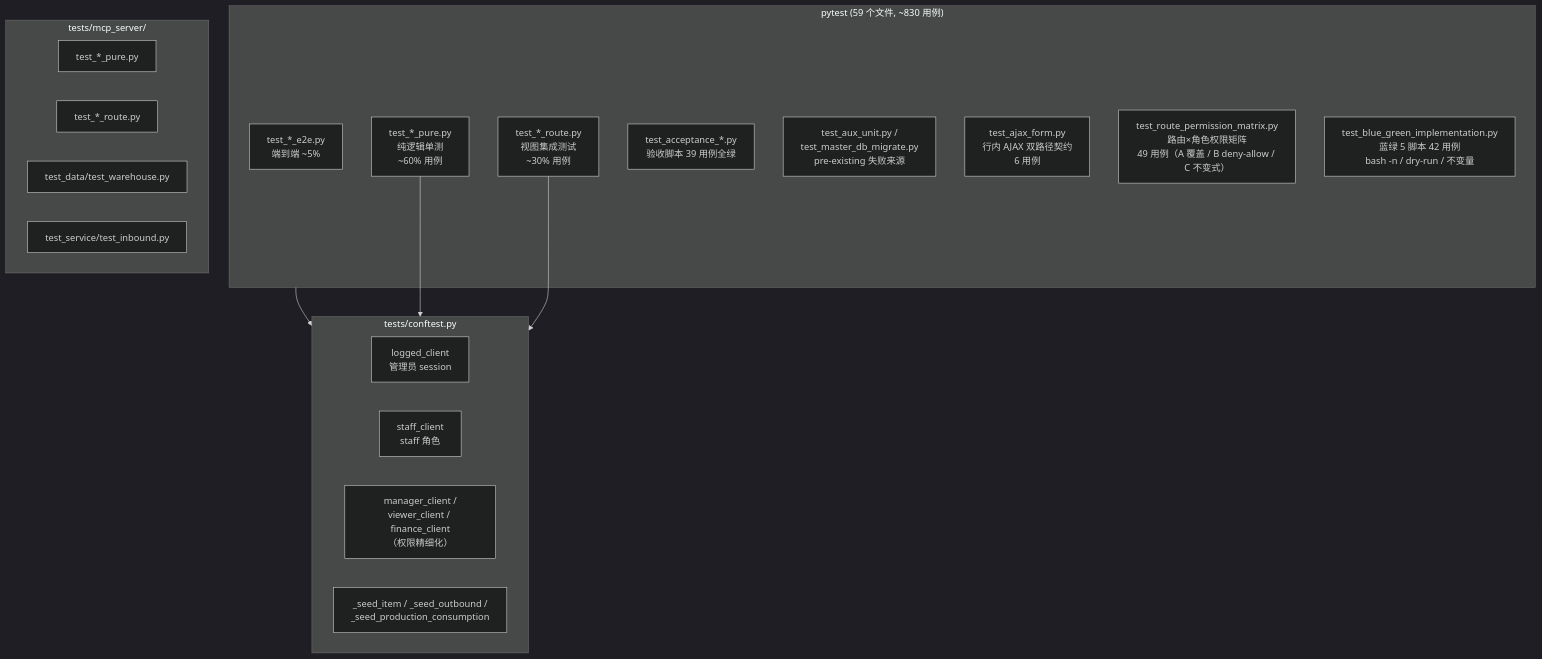
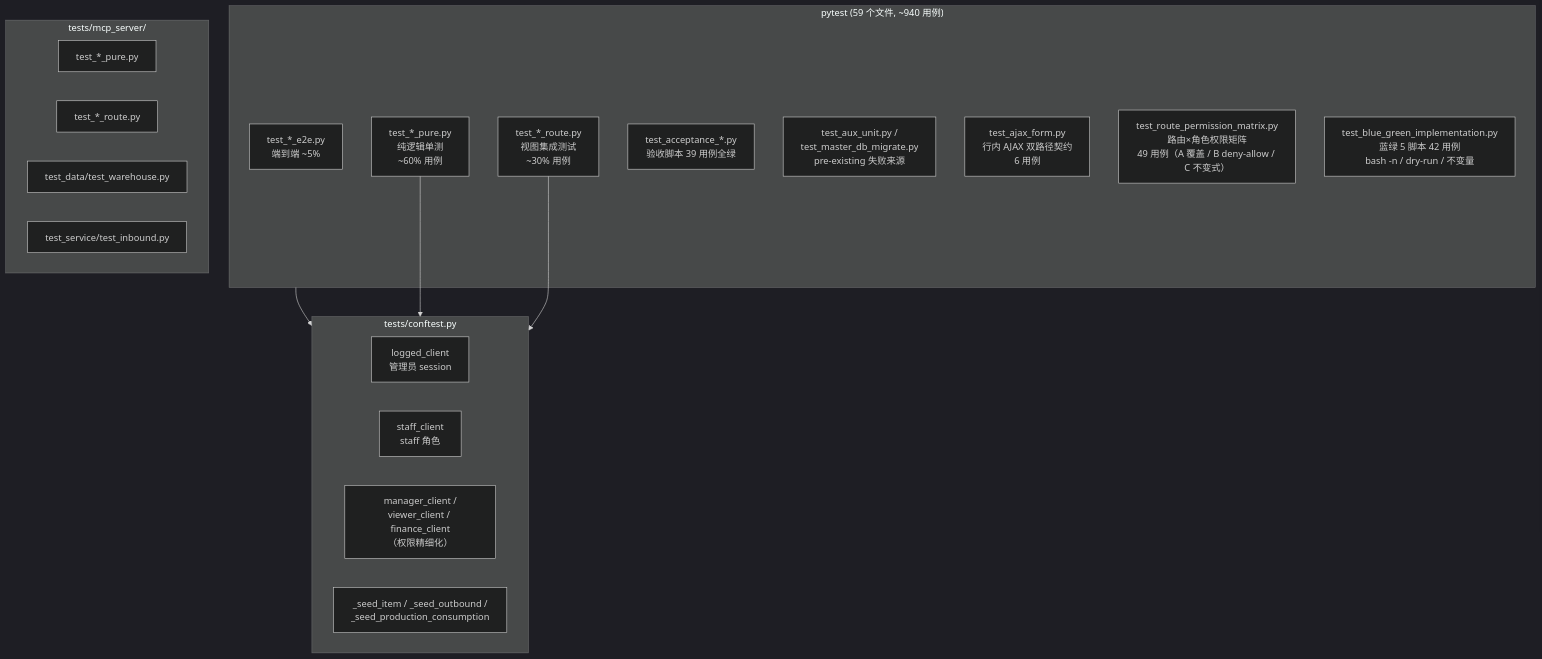
One commit to ericmr1981/DailyCheck changed diagram 17 of 17 in docs/ARCHITECTURE.md. Above: the diagram before and after it, drawn with Mermaid (dark theme). The commit also changed other lines of this file and 2 other files, not shown here.

````diff
--- a/docs/ARCHITECTURE.md
+++ b/docs/ARCHITECTURE.md
@@ -883,31 +883,31 @@
 ```mermaid
 flowchart TB
-    subgraph Pytest["pytest (59 个文件, ~830 用例)"]
+    subgraph Pytest["pytest (59 个文件, ~940 用例)"]
         Pure["test_*_pure.py<br/>纯逻辑单测<br/>~60% 用例"]
         Route["test_*_route.py<br/>视图集成测试<br/>~30% 用例"]
         E2E["test_*_e2e.py<br/>端到端 ~5%"]
         Acceptance["test_acceptance_*.py<br/>验收脚本 39 用例全绿"]
         Aux["test_aux_unit.py /<br/>test_master_db_migrate.py<br/>pre-existing 失败来源"]
         Ajax["test_ajax_form.py<br/>行内 AJAX 双路径契约<br/>6 用例"]
         Perm["test_route_permission_matrix.py<br/>路由×角色权限矩阵<br/>49 用例（A 覆盖 / B deny-allow / C 不变式）"]
         BlueGreen["test_blue_green_implementation.py<br/>蓝绿 5 脚本 42 用例<br/>bash -n / dry-run / 不变量"]
     end
 
     subgraph Conftest["tests/conftest.py"]
         LoggedClient["logged_client<br/>管理员 session"]
         StaffClient["staff_client<br/>staff 角色"]
         RoleClients["manager_client /<br/>viewer_client / finance_client<br/>（权限精细化）"]
         SeedHelpers["_seed_item / _seed_outbound /<br/>_seed_production_consumption"]
     end
 
     subgraph MCPTest["tests/mcp_server/"]
         MCPPure["test_*_pure.py"]
         MCPRoute["test_*_route.py"]
         MCPData["test_data/test_warehouse.py"]
         MCPService["test_service/test_inbound.py"]
     end
 
     Pytest --> Conftest
     Pure --> Conftest
     Route --> Conftest
 ```
````
